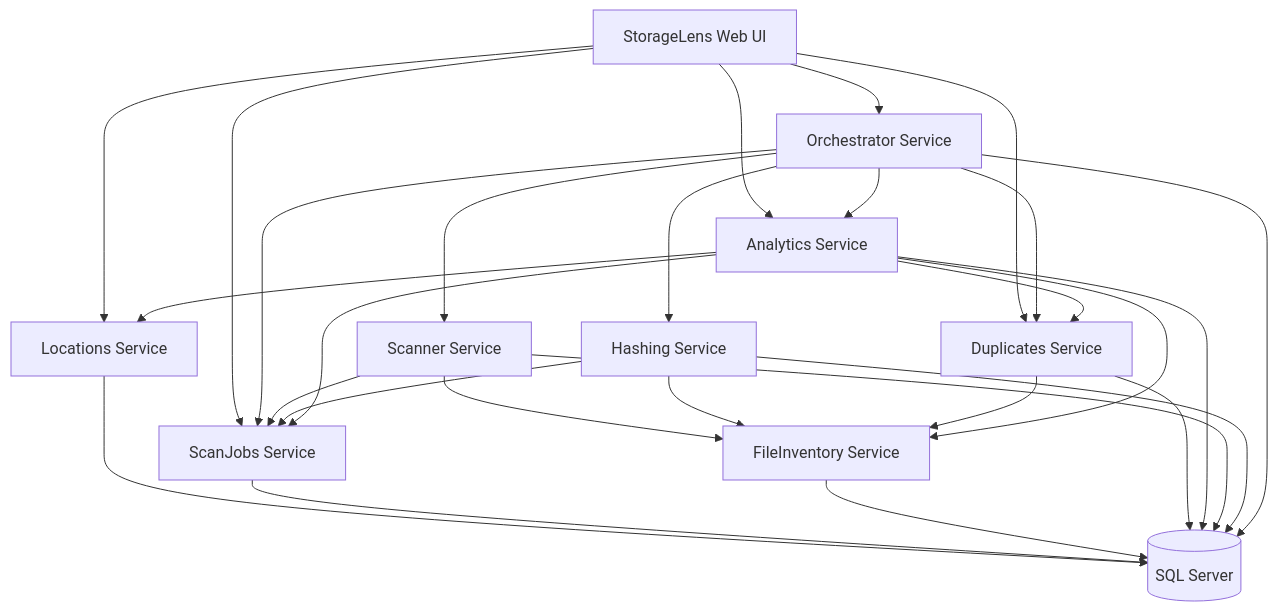
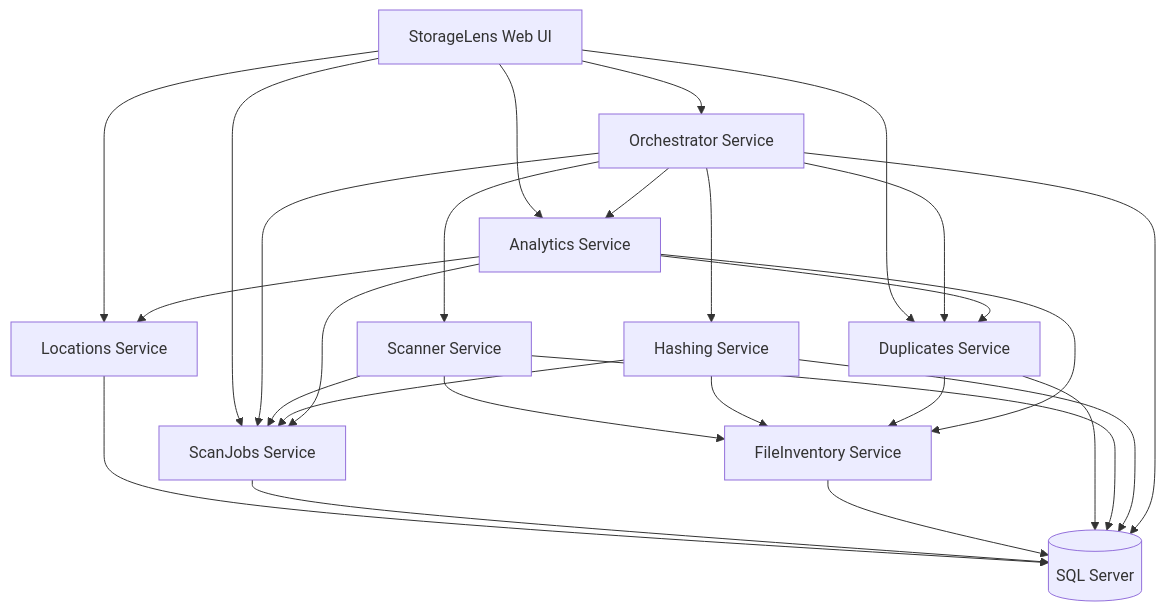
Before and after one commit to DeeDee1103/StorageLens: the diagram in docs/architecture/microservices-architecture.md, drawn with Mermaid. The commit also changed other lines of this file and 25 other files, not shown here.

````diff
--- a/docs/architecture/microservices-architecture.md
+++ b/docs/architecture/microservices-architecture.md
@@ -57,35 +59,34 @@
 ```mermaid
 graph TD
     UI[StorageLens Web UI]
 
     UI --> ORCH[Orchestrator Service]
     UI --> LOC[Locations Service]
     UI --> JOBS[ScanJobs Service]
     UI --> ANA[Analytics Service]
     UI --> DUP[Duplicates Service]
 
     ORCH --> SCANNER[Scanner Service]
     ORCH --> HASH[Hashing Service]
     ORCH --> DUP
     ORCH --> ANA
     ORCH --> JOBS
 
     SCANNER --> FILES[FileInventory Service]
     SCANNER --> JOBS
     HASH --> FILES
     HASH --> JOBS
     DUP --> FILES
     ANA --> LOC
     ANA --> JOBS
     ANA --> FILES
     ANA --> DUP
 
     LOC --> SQL[(SQL Server)]
     JOBS --> SQL
     FILES --> SQL
     DUP --> SQL
-    ANA --> SQL
     SCANNER --> SQL
     HASH --> SQL
     ORCH --> SQL
 ```
````
